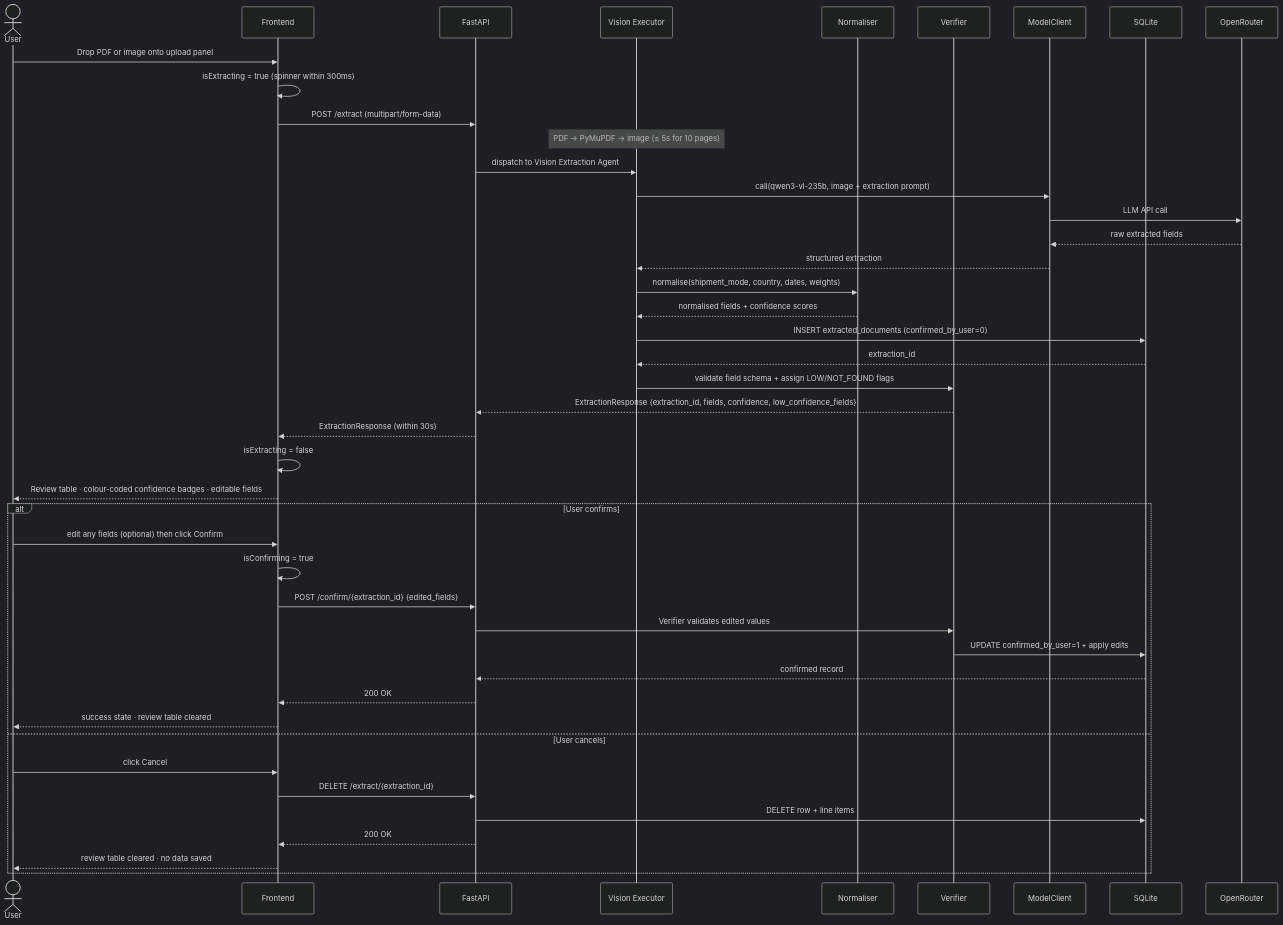
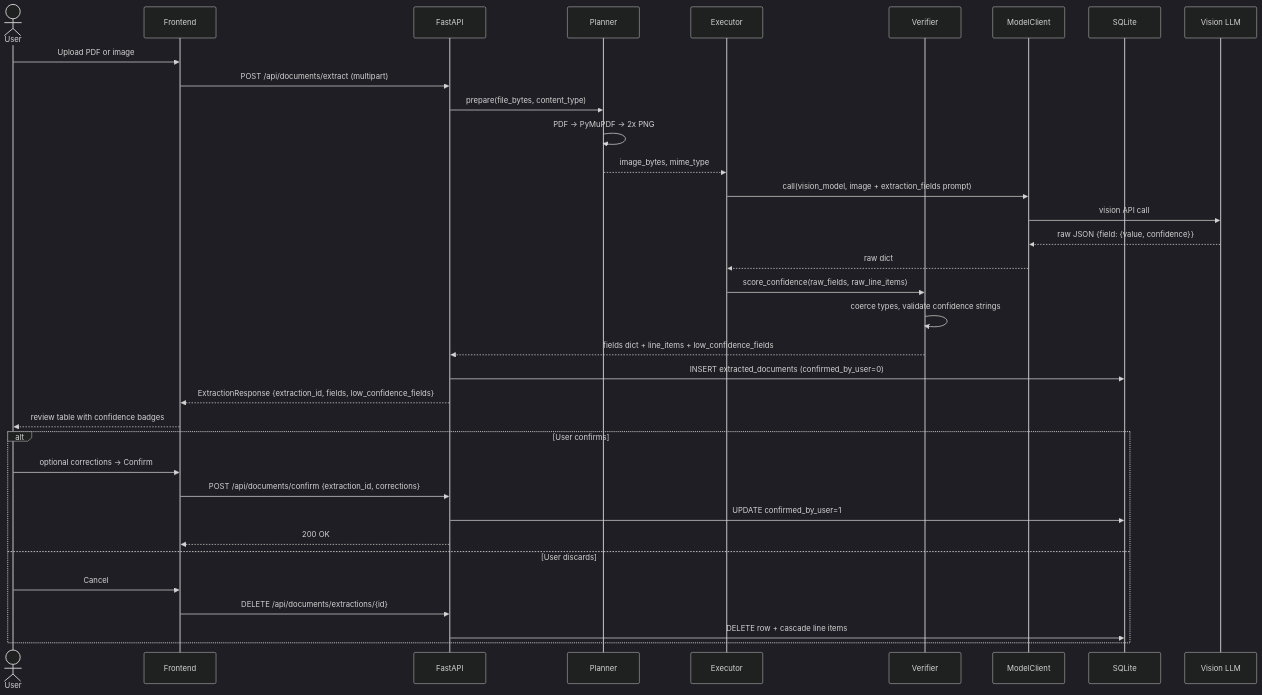
The third of 4 diagrams in docs/architecture-diagrams.md (arpan1221/freightmind), drawn with Mermaid (dark theme) before and after one commit. The commit also changed other lines of this file and 67 other files, not shown here.

````diff
--- a/docs/architecture-diagrams.md
+++ b/docs/architecture-diagrams.md
@@ -131,53 +130,38 @@
 ```mermaid
 sequenceDiagram
     actor U as User
     participant FE as Frontend
     participant API as FastAPI
-    participant VE as Vision Executor
-    participant N as Normaliser
-    participant V as Verifier
+    participant PL as Planner
+    participant EX as Executor
+    participant VE as Verifier
     participant MC as ModelClient
     participant DB as SQLite
-    participant OR as OpenRouter
+    participant LLM as Vision LLM
 
-    U->>FE: Drop PDF or image onto upload panel
-    FE->>FE: isExtracting = true (spinner within 300ms)
-    FE->>API: POST /extract (multipart/form-data)
-
-    Note over VE: PDF → PyMuPDF → image (≤ 5s for 10 pages)
-    API->>VE: dispatch to Vision Extraction Agent
-    VE->>MC: call(qwen3-vl-235b, image + extraction prompt)
-    MC->>OR: LLM API call
-    OR-->>MC: raw extracted fields
-    MC-->>VE: structured extraction
-
-    VE->>N: normalise(shipment_mode, country, dates, weights)
-    N-->>VE: normalised fields + confidence scores
-
-    VE->>DB: INSERT extracted_documents (confirmed_by_user=0)
-    DB-->>VE: extraction_id
-
-    VE->>V: validate field schema + assign LOW/NOT_FOUND flags
-    V-->>API: ExtractionResponse {extraction_id, fields, confidence, low_confidence_fields}
-
-    API-->>FE: ExtractionResponse (within 30s)
-    FE->>FE: isExtracting = false
-    FE-->>U: Review table · colour-coded confidence badges · editable fields
-
+    U->>FE: Upload PDF or image
+    FE->>API: POST /api/documents/extract (multipart)
+    API->>PL: prepare(file_bytes, content_type)
+    PL->>PL: PDF → PyMuPDF → 2x PNG
+    PL-->>EX: image_bytes, mime_type
+    EX->>MC: call(vision_model, image + extraction_fields prompt)
+    MC->>LLM: vision API call
+    LLM-->>MC: raw JSON {field: {value, confidence}}
+    MC-->>EX: raw dict
+    EX->>VE: score_confidence(raw_fields, raw_line_items)
+    VE->>VE: coerce types, validate confidence strings
+    VE-->>API: fields dict + line_items + low_confidence_fields
+    API->>DB: INSERT extracted_documents (confirmed_by_user=0)
+    API-->>FE: ExtractionResponse {extraction_id, fields, low_confidence_fields}
+    FE-->>U: review table with confidence badges
     alt User confirms
-        U->>FE: edit any fields (optional) then click Confirm
-        FE->>FE: isConfirming = true
-        FE->>API: POST /confirm/{extraction_id} {edited_fields}
-        API->>V: Verifier validates edited values
-        V->>DB: UPDATE confirmed_by_user=1 + apply edits
-        DB-->>API: confirmed record
+        U->>FE: optional corrections → Confirm
+        FE->>API: POST /api/documents/confirm {extraction_id, corrections}
+        API->>DB: UPDATE confirmed_by_user=1
         API-->>FE: 200 OK
-        FE-->>U: success state · review table cleared
-    else User cancels
-        U->>FE: click Cancel
-        FE->>API: DELETE /extract/{extraction_id}
-        API->>DB: DELETE row + line items
-        API-->>FE: 200 OK
-        FE-->>U: review table cleared · no data saved
+    else User discards
+        U->>FE: Cancel
+        FE->>API: DELETE /api/documents/extractions/{id}
+        API->>DB: DELETE row + cascade line items
     end
 ```
````
